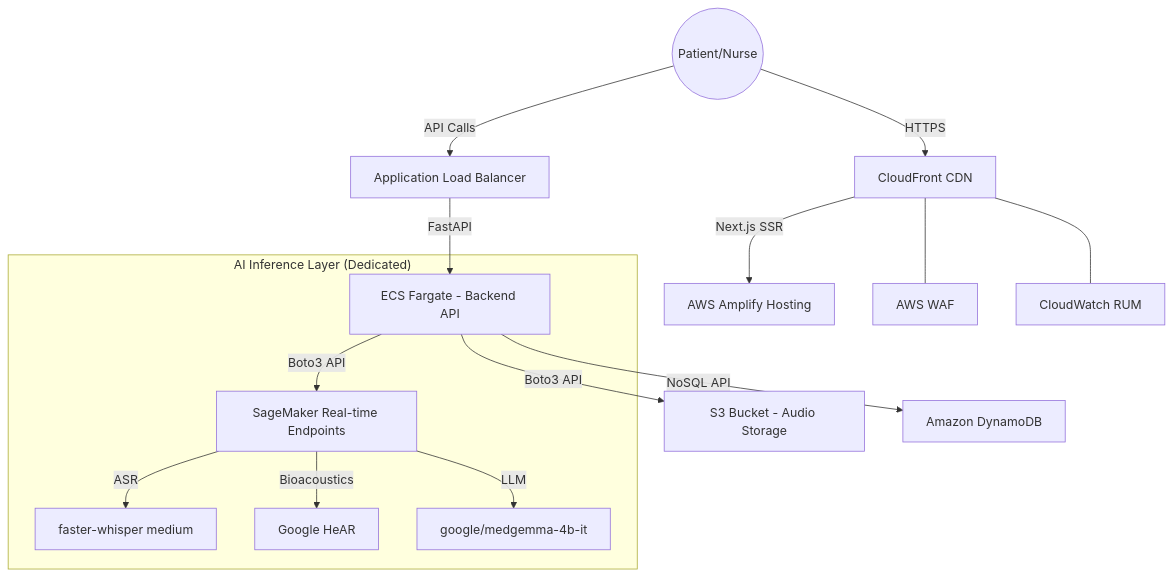
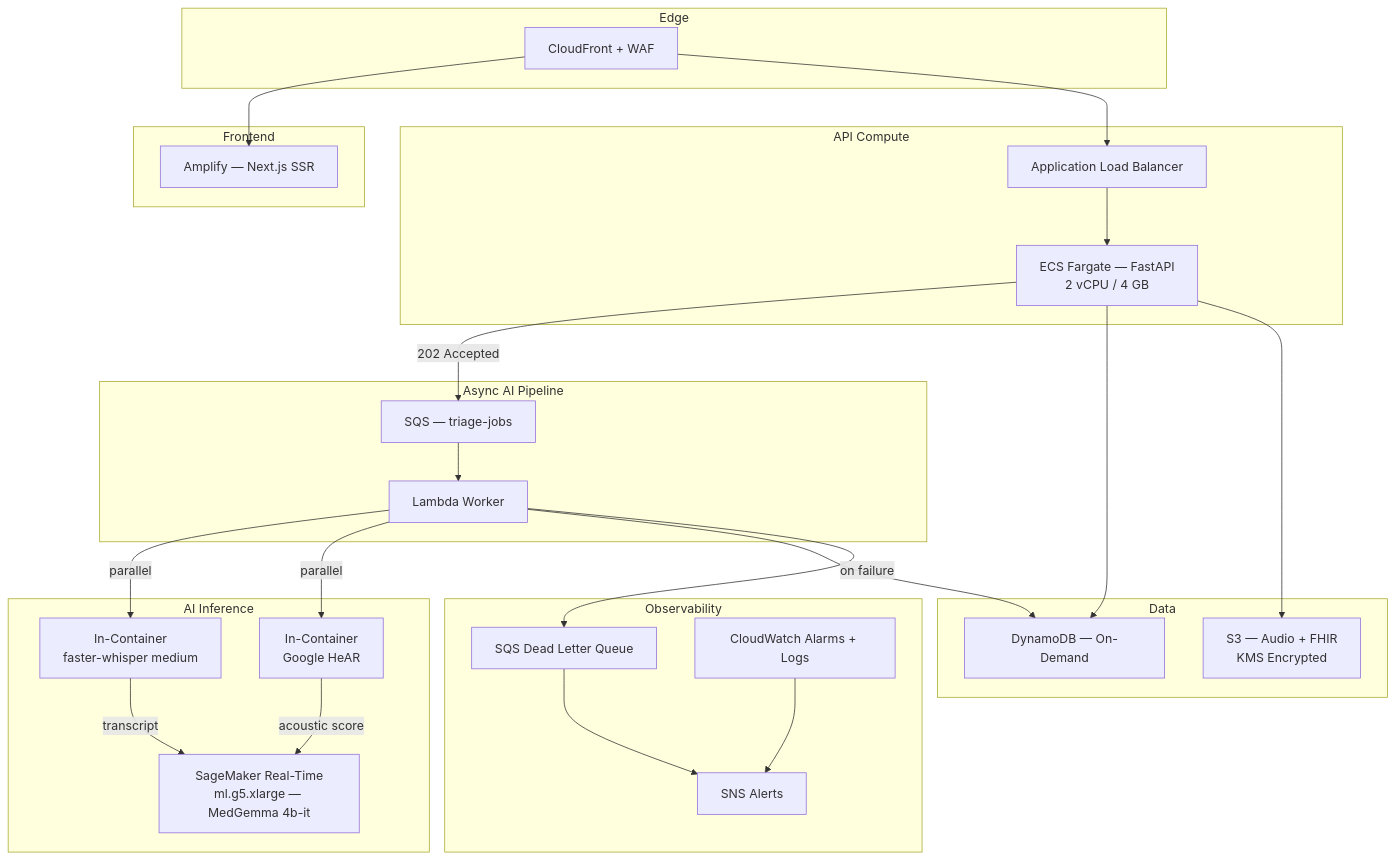
The first of 3 diagrams in AWS_DEPLOYMENT_PLAN.md (SowmyaLR/AIForBharath), drawn with Mermaid before and after one commit. The commit also changed other lines of this file, not shown here.

Commit message:
AWS deployment plan commit

````diff
--- a/AWS_DEPLOYMENT_PLAN.md
+++ b/AWS_DEPLOYMENT_PLAN.md
@@ -18,20 +11,47 @@
 ```mermaid
 graph TD
-    User((Patient/Nurse)) -->|HTTPS| CloudFront[CloudFront CDN]
-    CloudFront -->|Next.js SSR| Amplify[AWS Amplify Hosting]
-    CloudFront --- WAF[AWS WAF]
-    CloudFront --- RUM[CloudWatch RUM]
-    
-    User -->|API Calls| ALB[Application Load Balancer]
-    ALB -->|FastAPI| ECS_Backend[ECS Fargate - Backend API]
-    
-    ECS_Backend -->|Boto3 API| S3_Audio[S3 Bucket - Audio Storage]
-    ECS_Backend -->|NoSQL API| DynamoDB[Amazon DynamoDB]
-    
-    subgraph "AI Inference Layer (Dedicated)"
-        ECS_Backend -->|Boto3 API| SageMaker_Models[SageMaker Real-time Endpoints]
-        SageMaker_Models -->|ASR| Whisper[faster-whisper medium]
-        SageMaker_Models -->|Bioacoustics| HeAR[Google HeAR]
-        SageMaker_Models -->|LLM| MedGemma[google/medgemma-4b-it]
+    subgraph "Edge"
+        CF[CloudFront + WAF]
     end
+    subgraph "Frontend"
+        AMP[Amplify — Next.js SSR]
+    end
+    subgraph "API Compute"
+        ALB[Application Load Balancer]
+        ECS[ECS Fargate — FastAPI\n2 vCPU / 4 GB]
+    end
+    subgraph "Async AI Pipeline"
+        SQS[SQS — triage-jobs]
+        Lambda[Lambda Worker]
+    end
+    subgraph "AI Inference"
+        LOCAL_W[In-Container\nfaster-whisper medium]
+        LOCAL_H[In-Container\nGoogle HeAR]
+        SM_MG[SageMaker Real-Time\nml.g5.xlarge — MedGemma 4b-it]
+    end
+    subgraph "Data"
+        DDB[DynamoDB — On-Demand]
+        S3[S3 — Audio + FHIR\nKMS Encrypted]
+    end
+    subgraph "Observability"
+        DLQ[SQS Dead Letter Queue]
+        SNS[SNS Alerts]
+        CW[CloudWatch Alarms + Logs]
+    end
+
+    CF --> AMP
+    CF --> ALB
+    ALB --> ECS
+    ECS -->|202 Accepted| SQS
+    ECS --> DDB
+    ECS --> S3
+    SQS --> Lambda
+    Lambda -->|parallel| LOCAL_W
+    Lambda -->|parallel| LOCAL_H
+    LOCAL_W -->|transcript| SM_MG
+    LOCAL_H -->|acoustic score| SM_MG
+    Lambda --> DDB
+    Lambda -->|on failure| DLQ
+    DLQ --> SNS
+    CW --> SNS
 ```
````
